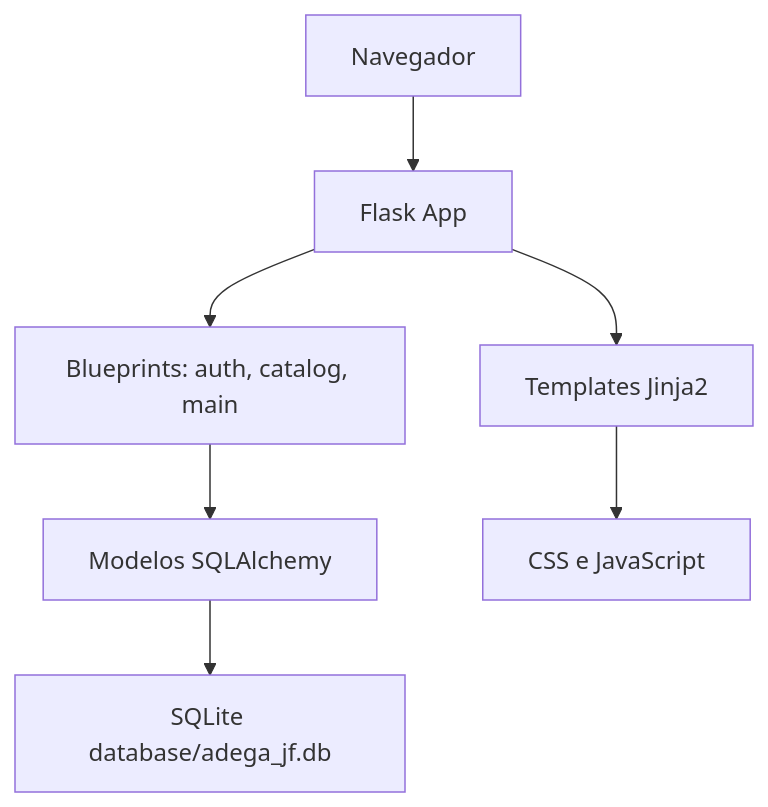
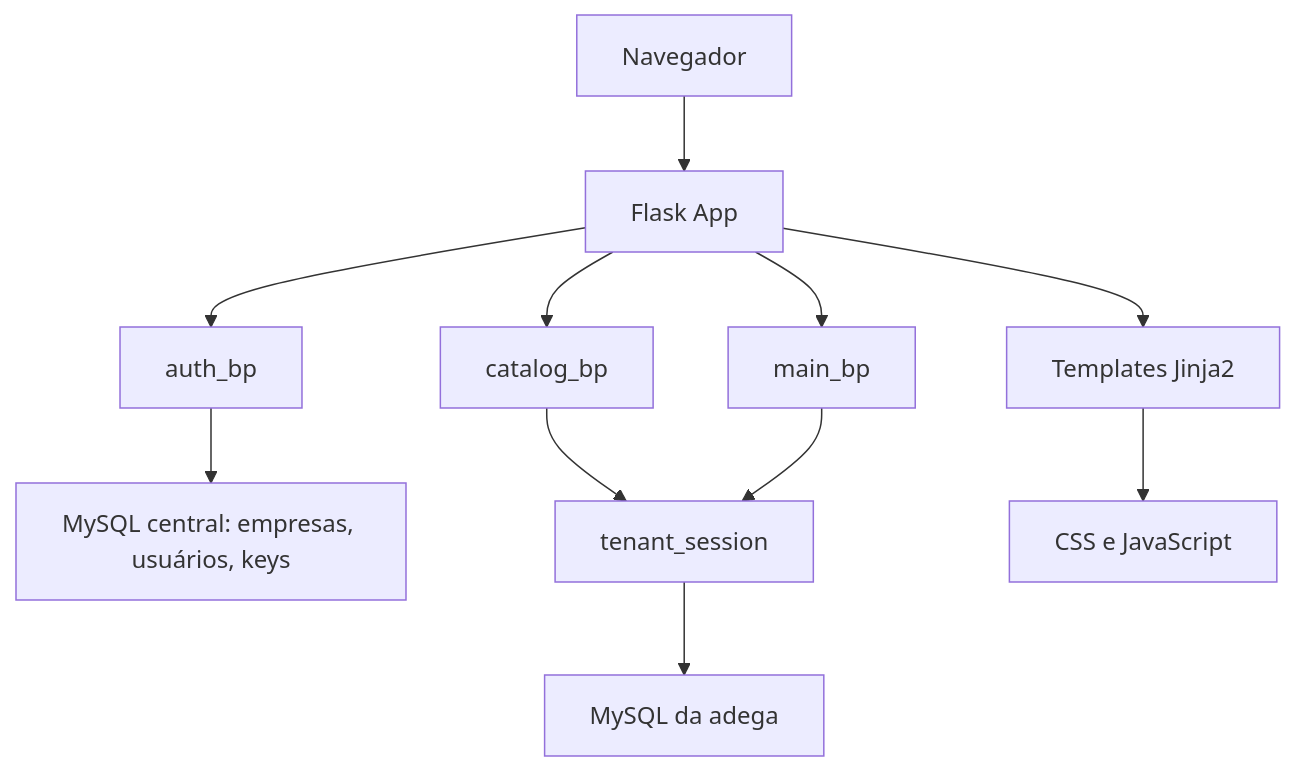
One commit to RafaelBG7/pdv2026 changed the diagram in docs/03-arquitetura.md. Above: the diagram before and after it, drawn with Mermaid. The commit also changed other lines of this file and 82 other files, not shown here.

````diff
--- a/docs/03-arquitetura.md
+++ b/docs/03-arquitetura.md
@@ -14,9 +15,13 @@
 ```mermaid
 graph TD
     Browser["Navegador"] --> Flask["Flask App"]
-    Flask --> Blueprints["Blueprints: auth, catalog, main"]
-    Blueprints --> Models["Modelos SQLAlchemy"]
-    Models --> SQLite["SQLite database/adega_jf.db"]
+    Flask --> Auth["auth_bp"]
+    Flask --> Catalog["catalog_bp"]
+    Flask --> Main["main_bp"]
+    Auth --> Central["MySQL central: empresas, usuários, keys"]
+    Catalog --> Tenant["tenant_session"]
+    Main --> Tenant
+    Tenant --> AdegaDB["MySQL da adega"]
     Flask --> Templates["Templates Jinja2"]
     Templates --> Static["CSS e JavaScript"]
 ```
````
